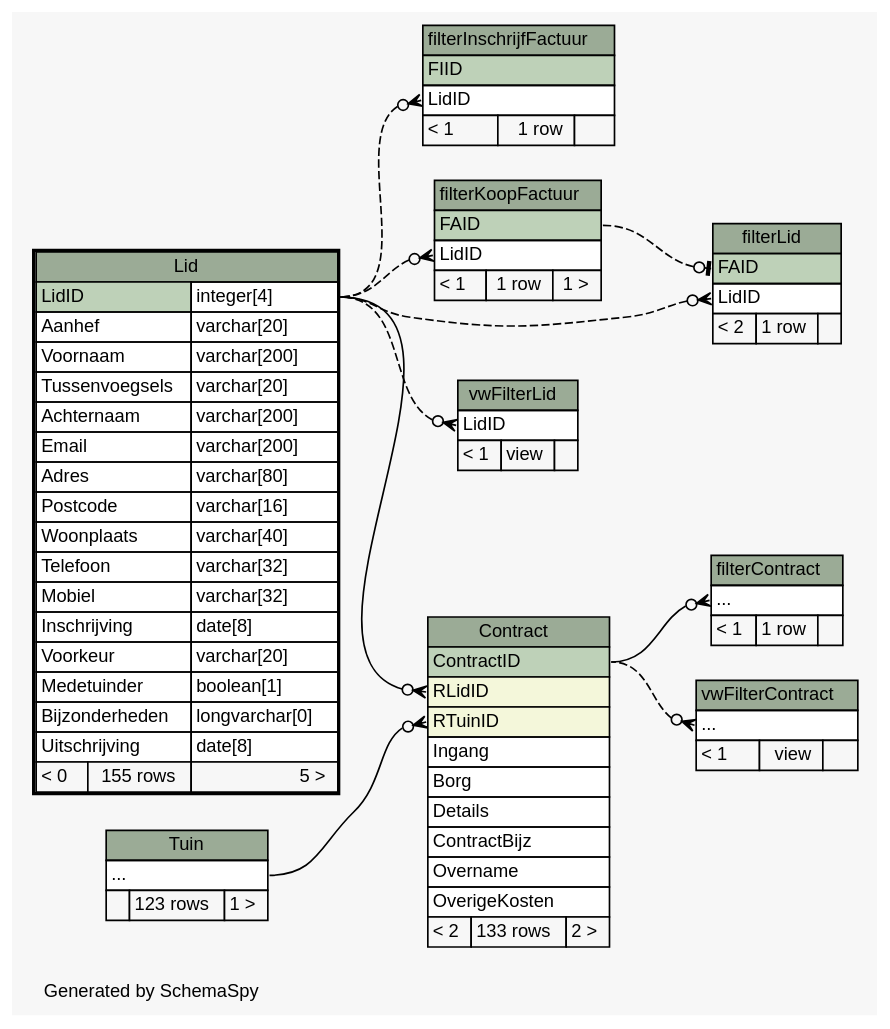
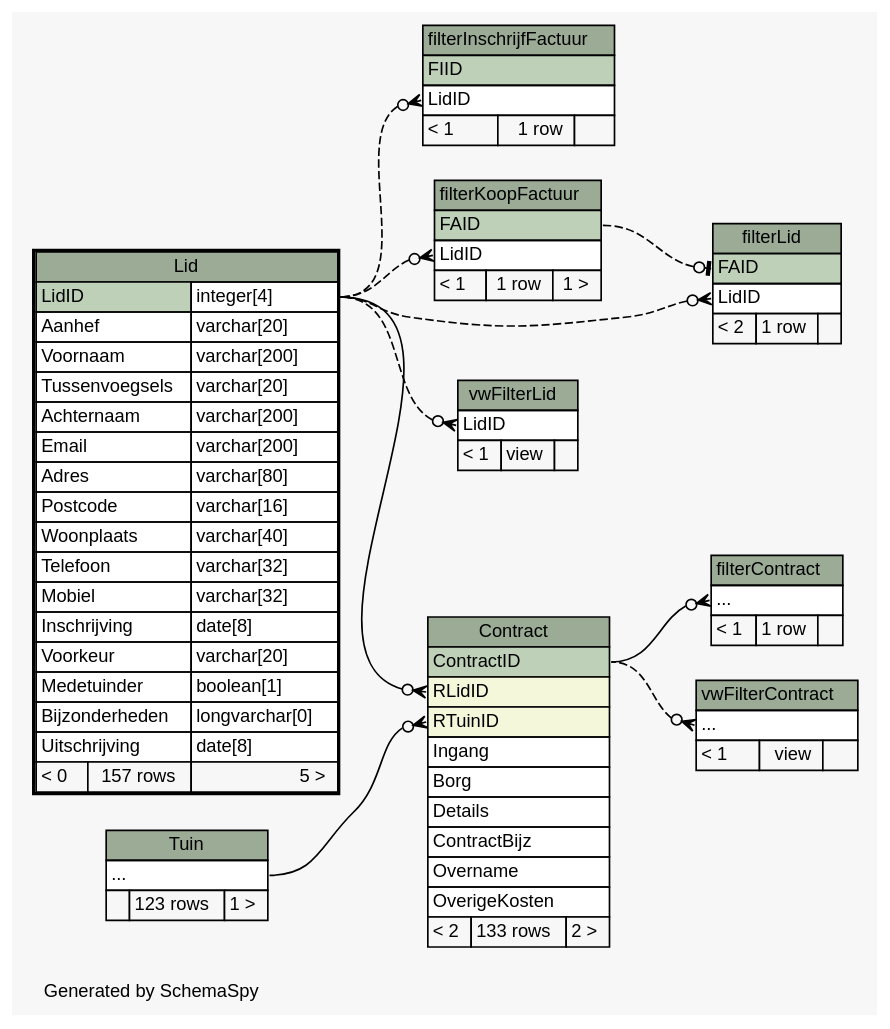
The diagram in db-schema-docs/diagrams/Lid.implied2degrees.dot (slspeek/ona-volkstuin), drawn with Graphviz before and after one commit. The commit also changed 84 other files, not shown here.

```diff
--- a/db-schema-docs/diagrams/Lid.implied2degrees.dot
+++ b/db-schema-docs/diagrams/Lid.implied2degrees.dot
@@ -1,147 +1,147 @@
 // dot 2.40.1 on Linux 4.19.0-6-amd64
 // SchemaSpy rev 590
 digraph "impliedTwoDegreesRelationshipsDiagram" {
   graph [
     rankdir="RL"
     bgcolor="#f7f7f7"
     label="\nGenerated by SchemaSpy"
     labeljust="l"
     nodesep="0.18"
     ranksep="0.46"
     fontname="Helvetica"
     fontsize="11"
   ];
   node [
     fontname="Helvetica"
     fontsize="11"
     shape="plaintext"
   ];
   edge [
     arrowsize="0.8"
   ];
   "Contract":"RLidID":w -> "Lid":"LidID.type":e [arrowhead=none dir=back arrowtail=crowodot];
   "Contract":"RTuinID":w -> "Tuin":"elipses":e [arrowhead=none dir=back arrowtail=crowodot];
   "filterContract":"elipses":w -> "Contract":"ContractID":e [arrowhead=none dir=back arrowtail=crowodot];
   "filterInschrijfFactuur":"LidID":w -> "Lid":"LidID.type":e [arrowhead=none dir=back arrowtail=crowodot style=dashed];
   "filterKoopFactuur":"LidID":w -> "Lid":"LidID.type":e [arrowhead=none dir=back arrowtail=crowodot style=dashed];
   "filterLid":"FAID":w -> "filterKoopFactuur":"FAID":e [arrowhead=none dir=back arrowtail=teeodot style=dashed];
   "filterLid":"LidID":w -> "Lid":"LidID.type":e [arrowhead=none dir=back arrowtail=crowodot style=dashed];
   "vwFilterContract":"elipses":w -> "Contract":"ContractID":e [arrowhead=none dir=back arrowtail=crowodot style=dashed];
   "vwFilterLid":"LidID":w -> "Lid":"LidID.type":e [arrowhead=none dir=back arrowtail=crowodot style=dashed];
   "Contract" [
     label=<
     <TABLE BORDER="0" CELLBORDER="1" CELLSPACING="0" BGCOLOR="#ffffff">
       <TR><TD COLSPAN="3" BGCOLOR="#9bab96" ALIGN="CENTER">Contract</TD></TR>
       <TR><TD PORT="ContractID" COLSPAN="3" BGCOLOR="#bed1b8" ALIGN="LEFT">ContractID</TD></TR>
       <TR><TD PORT="RLidID" COLSPAN="3" BGCOLOR="#f4f7da" ALIGN="LEFT">RLidID</TD></TR>
       <TR><TD PORT="RTuinID" COLSPAN="3" BGCOLOR="#f4f7da" ALIGN="LEFT">RTuinID</TD></TR>
       <TR><TD PORT="Ingang" COLSPAN="3" ALIGN="LEFT">Ingang</TD></TR>
       <TR><TD PORT="Borg" COLSPAN="3" ALIGN="LEFT">Borg</TD></TR>
       <TR><TD PORT="Details" COLSPAN="3" ALIGN="LEFT">Details</TD></TR>
       <TR><TD PORT="ContractBijz" COLSPAN="3" ALIGN="LEFT">ContractBijz</TD></TR>
       <TR><TD PORT="Overname" COLSPAN="3" ALIGN="LEFT">Overname</TD></TR>
       <TR><TD PORT="OverigeKosten" COLSPAN="3" ALIGN="LEFT">OverigeKosten</TD></TR>
       <TR><TD ALIGN="LEFT" BGCOLOR="#f7f7f7">&lt; 2</TD><TD ALIGN="RIGHT" BGCOLOR="#f7f7f7">133 rows</TD><TD ALIGN="RIGHT" BGCOLOR="#f7f7f7">2 &gt;</TD></TR>
     </TABLE>>
     URL="Contract.html"
     tooltip="Contract"
   ];
   "filterContract" [
     label=<
     <TABLE BORDER="0" CELLBORDER="1" CELLSPACING="0" BGCOLOR="#ffffff">
       <TR><TD COLSPAN="3" BGCOLOR="#9bab96" ALIGN="CENTER">filterContract</TD></TR>
       <TR><TD PORT="elipses" COLSPAN="3" ALIGN="LEFT">...</TD></TR>
       <TR><TD ALIGN="LEFT" BGCOLOR="#f7f7f7">&lt; 1</TD><TD ALIGN="RIGHT" BGCOLOR="#f7f7f7">1 row</TD><TD ALIGN="RIGHT" BGCOLOR="#f7f7f7">  </TD></TR>
     </TABLE>>
     URL="filterContract.html"
     tooltip="filterContract"
   ];
   "filterInschrijfFactuur" [
     label=<
     <TABLE BORDER="0" CELLBORDER="1" CELLSPACING="0" BGCOLOR="#ffffff">
       <TR><TD COLSPAN="3" BGCOLOR="#9bab96" ALIGN="CENTER">filterInschrijfFactuur</TD></TR>
       <TR><TD PORT="FIID" COLSPAN="3" BGCOLOR="#bed1b8" ALIGN="LEFT">FIID</TD></TR>
       <TR><TD PORT="LidID" COLSPAN="3" ALIGN="LEFT">LidID</TD></TR>
       <TR><TD ALIGN="LEFT" BGCOLOR="#f7f7f7">&lt; 1</TD><TD ALIGN="RIGHT" BGCOLOR="#f7f7f7">1 row</TD><TD ALIGN="RIGHT" BGCOLOR="#f7f7f7">  </TD></TR>
     </TABLE>>
     URL="filterInschrijfFactuur.html"
     tooltip="filterInschrijfFactuur"
   ];
   "filterKoopFactuur" [
     label=<
     <TABLE BORDER="0" CELLBORDER="1" CELLSPACING="0" BGCOLOR="#ffffff">
       <TR><TD COLSPAN="3" BGCOLOR="#9bab96" ALIGN="CENTER">filterKoopFactuur</TD></TR>
       <TR><TD PORT="FAID" COLSPAN="3" BGCOLOR="#bed1b8" ALIGN="LEFT">FAID</TD></TR>
       <TR><TD PORT="LidID" COLSPAN="3" ALIGN="LEFT">LidID</TD></TR>
       <TR><TD ALIGN="LEFT" BGCOLOR="#f7f7f7">&lt; 1</TD><TD ALIGN="RIGHT" BGCOLOR="#f7f7f7">1 row</TD><TD ALIGN="RIGHT" BGCOLOR="#f7f7f7">1 &gt;</TD></TR>
     </TABLE>>
     URL="filterKoopFactuur.html"
     tooltip="filterKoopFactuur"
   ];
   "filterLid" [
     label=<
     <TABLE BORDER="0" CELLBORDER="1" CELLSPACING="0" BGCOLOR="#ffffff">
       <TR><TD COLSPAN="3" BGCOLOR="#9bab96" ALIGN="CENTER">filterLid</TD></TR>
       <TR><TD PORT="FAID" COLSPAN="3" BGCOLOR="#bed1b8" ALIGN="LEFT">FAID</TD></TR>
       <TR><TD PORT="LidID" COLSPAN="3" ALIGN="LEFT">LidID</TD></TR>
       <TR><TD ALIGN="LEFT" BGCOLOR="#f7f7f7">&lt; 2</TD><TD ALIGN="RIGHT" BGCOLOR="#f7f7f7">1 row</TD><TD ALIGN="RIGHT" BGCOLOR="#f7f7f7">  </TD></TR>
     </TABLE>>
     URL="filterLid.html"
     tooltip="filterLid"
   ];
   "Lid" [
     label=<
     <TABLE BORDER="2" CELLBORDER="1" CELLSPACING="0" BGCOLOR="#ffffff">
       <TR><TD COLSPAN="3" BGCOLOR="#9bab96" ALIGN="CENTER">Lid</TD></TR>
       <TR><TD PORT="LidID" COLSPAN="2" BGCOLOR="#bed1b8" ALIGN="LEFT">LidID</TD><TD PORT="LidID.type" ALIGN="LEFT">integer[4]</TD></TR>
       <TR><TD PORT="Aanhef" COLSPAN="2" ALIGN="LEFT">Aanhef</TD><TD PORT="Aanhef.type" ALIGN="LEFT">varchar[20]</TD></TR>
       <TR><TD PORT="Voornaam" COLSPAN="2" ALIGN="LEFT">Voornaam</TD><TD PORT="Voornaam.type" ALIGN="LEFT">varchar[200]</TD></TR>
       <TR><TD PORT="Tussenvoegsels" COLSPAN="2" ALIGN="LEFT">Tussenvoegsels</TD><TD PORT="Tussenvoegsels.type" ALIGN="LEFT">varchar[20]</TD></TR>
       <TR><TD PORT="Achternaam" COLSPAN="2" ALIGN="LEFT">Achternaam</TD><TD PORT="Achternaam.type" ALIGN="LEFT">varchar[200]</TD></TR>
       <TR><TD PORT="Email" COLSPAN="2" ALIGN="LEFT">Email</TD><TD PORT="Email.type" ALIGN="LEFT">varchar[200]</TD></TR>
       <TR><TD PORT="Adres" COLSPAN="2" ALIGN="LEFT">Adres</TD><TD PORT="Adres.type" ALIGN="LEFT">varchar[80]</TD></TR>
       <TR><TD PORT="Postcode" COLSPAN="2" ALIGN="LEFT">Postcode</TD><TD PORT="Postcode.type" ALIGN="LEFT">varchar[16]</TD></TR>
       <TR><TD PORT="Woonplaats" COLSPAN="2" ALIGN="LEFT">Woonplaats</TD><TD PORT="Woonplaats.type" ALIGN="LEFT">varchar[40]</TD></TR>
       <TR><TD PORT="Telefoon" COLSPAN="2" ALIGN="LEFT">Telefoon</TD><TD PORT="Telefoon.type" ALIGN="LEFT">varchar[32]</TD></TR>
       <TR><TD PORT="Mobiel" COLSPAN="2" ALIGN="LEFT">Mobiel</TD><TD PORT="Mobiel.type" ALIGN="LEFT">varchar[32]</TD></TR>
       <TR><TD PORT="Inschrijving" COLSPAN="2" ALIGN="LEFT">Inschrijving</TD><TD PORT="Inschrijving.type" ALIGN="LEFT">date[8]</TD></TR>
       <TR><TD PORT="Voorkeur" COLSPAN="2" ALIGN="LEFT">Voorkeur</TD><TD PORT="Voorkeur.type" ALIGN="LEFT">varchar[20]</TD></TR>
       <TR><TD PORT="Medetuinder" COLSPAN="2" ALIGN="LEFT">Medetuinder</TD><TD PORT="Medetuinder.type" ALIGN="LEFT">boolean[1]</TD></TR>
       <TR><TD PORT="Bijzonderheden" COLSPAN="2" ALIGN="LEFT">Bijzonderheden</TD><TD PORT="Bijzonderheden.type" ALIGN="LEFT">longvarchar[0]</TD></TR>
       <TR><TD PORT="Uitschrijving" COLSPAN="2" ALIGN="LEFT">Uitschrijving</TD><TD PORT="Uitschrijving.type" ALIGN="LEFT">date[8]</TD></TR>
-      <TR><TD ALIGN="LEFT" BGCOLOR="#f7f7f7">&lt; 0</TD><TD ALIGN="RIGHT" BGCOLOR="#f7f7f7">155 rows</TD><TD ALIGN="RIGHT" BGCOLOR="#f7f7f7">5 &gt;</TD></TR>
+      <TR><TD ALIGN="LEFT" BGCOLOR="#f7f7f7">&lt; 0</TD><TD ALIGN="RIGHT" BGCOLOR="#f7f7f7">157 rows</TD><TD ALIGN="RIGHT" BGCOLOR="#f7f7f7">5 &gt;</TD></TR>
     </TABLE>>
     URL="Lid.html"
     tooltip="Lid"
   ];
   "Tuin" [
     label=<
     <TABLE BORDER="0" CELLBORDER="1" CELLSPACING="0" BGCOLOR="#ffffff">
       <TR><TD COLSPAN="3" BGCOLOR="#9bab96" ALIGN="CENTER">Tuin</TD></TR>
       <TR><TD PORT="elipses" COLSPAN="3" ALIGN="LEFT">...</TD></TR>
       <TR><TD ALIGN="LEFT" BGCOLOR="#f7f7f7">  </TD><TD ALIGN="RIGHT" BGCOLOR="#f7f7f7">123 rows</TD><TD ALIGN="RIGHT" BGCOLOR="#f7f7f7">1 &gt;</TD></TR>
     </TABLE>>
     URL="Tuin.html"
     tooltip="Tuin"
   ];
   "vwFilterContract" [
     label=<
     <TABLE BORDER="0" CELLBORDER="1" CELLSPACING="0" BGCOLOR="#ffffff">
       <TR><TD COLSPAN="3" BGCOLOR="#9bab96" ALIGN="CENTER">vwFilterContract</TD></TR>
       <TR><TD PORT="elipses" COLSPAN="3" ALIGN="LEFT">...</TD></TR>
       <TR><TD ALIGN="LEFT" BGCOLOR="#f7f7f7">&lt; 1</TD><TD ALIGN="RIGHT" BGCOLOR="#f7f7f7">view</TD><TD ALIGN="RIGHT" BGCOLOR="#f7f7f7">  </TD></TR>
     </TABLE>>
     URL="vwFilterContract.html"
     tooltip="vwFilterContract"
   ];
   "vwFilterLid" [
     label=<
     <TABLE BORDER="0" CELLBORDER="1" CELLSPACING="0" BGCOLOR="#ffffff">
       <TR><TD COLSPAN="3" BGCOLOR="#9bab96" ALIGN="CENTER">vwFilterLid</TD></TR>
       <TR><TD PORT="LidID" COLSPAN="3" ALIGN="LEFT">LidID</TD></TR>
       <TR><TD ALIGN="LEFT" BGCOLOR="#f7f7f7">&lt; 1</TD><TD ALIGN="RIGHT" BGCOLOR="#f7f7f7">view</TD><TD ALIGN="RIGHT" BGCOLOR="#f7f7f7">  </TD></TR>
     </TABLE>>
     URL="vwFilterLid.html"
     tooltip="vwFilterLid"
   ];
 }
```
